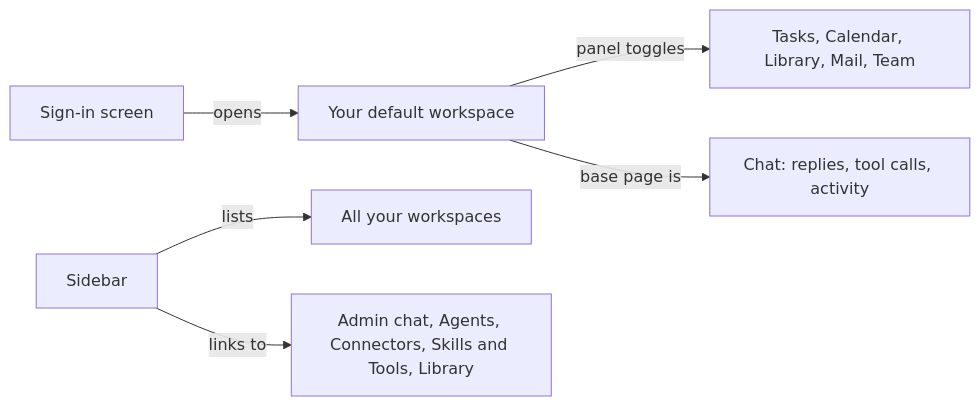
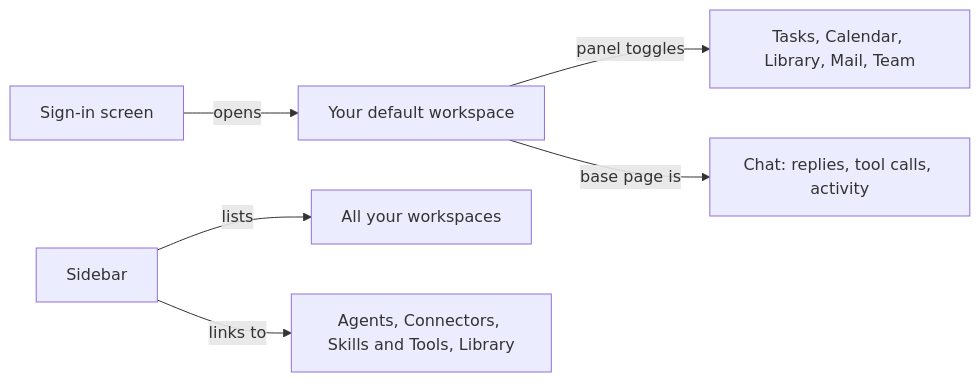
The diagram in docs/using-omnipus-ui.md (elicify-ai/omnipus), drawn with Mermaid before and after one commit. The commit also changed other lines of this file and 7 other files, not shown here.

First line of the commit message:
refactor(spa): remove the standalone Admin chat sidebar entry; /admin/chat redirects to Admin's default-workspace main

````diff
--- a/docs/using-omnipus-ui.md
+++ b/docs/using-omnipus-ui.md
@@ -11,8 +11,8 @@
 ```mermaid
 flowchart LR
   SignIn[Sign-in screen] -->|opens| Workspace[Your default workspace]
   Bar[Sidebar] -->|lists| Workspaces[All your workspaces]
-  Bar -->|links to| Screens[Admin chat, Agents, Connectors, Skills and Tools, Library]
+  Bar -->|links to| Screens[Agents, Connectors, Skills and Tools, Library]
   Workspace -->|panel toggles| Panels[Tasks, Calendar, Library, Mail, Team]
   Workspace -->|base page is| Chat[Chat: replies, tool calls, activity]
 ```
````
